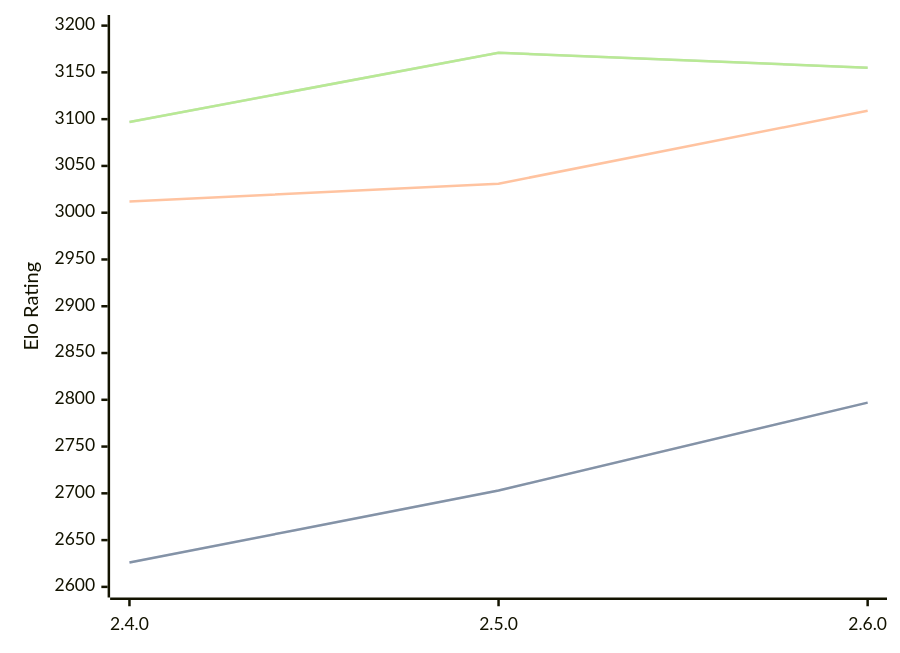
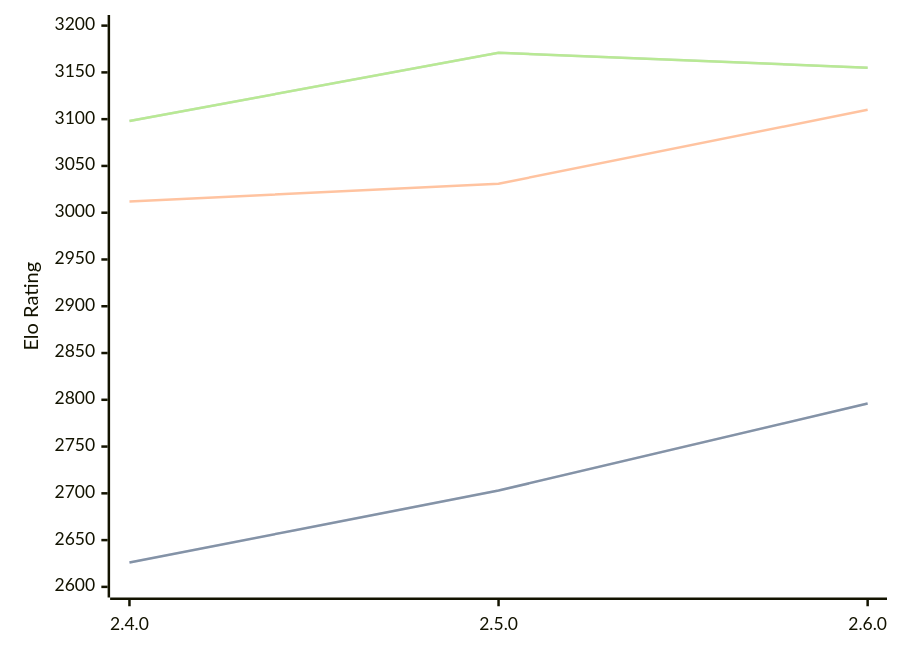
Before and after one commit to computer-chess-index/cci: the diagram in engines/Sturddle2.md, drawn with Mermaid. The commit also changed other lines of this file, not shown here.

Commit message:
Update CCI Ratings (ELO VLTC) - 2026-09-25

````diff
--- a/engines/Sturddle2.md
+++ b/engines/Sturddle2.md
@@ -33,11 +33,11 @@
 ```mermaid
 %%{init: {"theme":"base","themeVariables":{"seriesColors:['#a3a3a3','#222221','#faa371']}}}%%
 xychart-beta
   x-axis ["2.4.0", "2.5.0", "2.6.0"]
   y-axis "Elo Rating" 2600 --> 3200
-  line "" [2626, 2703, 2797]
-  line "STC (8.0+0.08s)" [2626, 2703, 2797]
-  line "LTC (60.0+0.60s)" [3012, 3031, 3109]
-  line "" [3097, 3171, 3155]
-  line "VLTC (2m24s+1.12s)" [3097, 3171, 3155]
+  line "" [2626, 2703, 2796]
+  line "STC (8.0+0.08s)" [2626, 2703, 2796]
+  line "LTC (60.0+0.60s)" [3012, 3031, 3110]
+  line "" [3098, 3171, 3155]
+  line "VLTC (2m24s+1.12s)" [3098, 3171, 3155]
 ```
````
